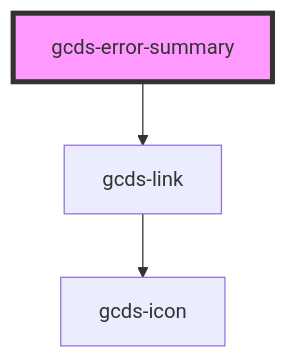
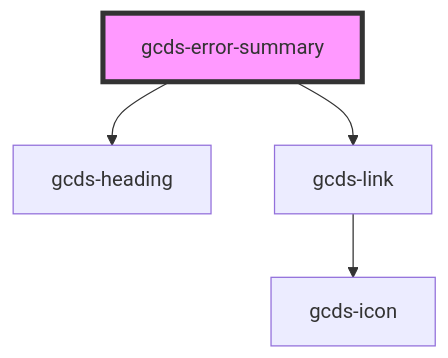
One commit to cds-snc/gcds-components changed the diagram in packages/web/src/components/gcds-error-summary/readme.md. Above: the diagram before and after it, drawn with Mermaid. The commit also changed other lines of this file and 4 other files, not shown here.

Commit message:
refactor: integrate gcds-heading into gcds-error-summary

````diff
--- a/packages/web/src/components/gcds-error-summary/readme.md
+++ b/packages/web/src/components/gcds-error-summary/readme.md
@@ -24,6 +25,7 @@
 ```mermaid
 graph TD;
+  gcds-error-summary --> gcds-heading
   gcds-error-summary --> gcds-link
   gcds-link --> gcds-icon
   style gcds-error-summary fill:#f9f,stroke:#333,stroke-width:4px
 ```
````
